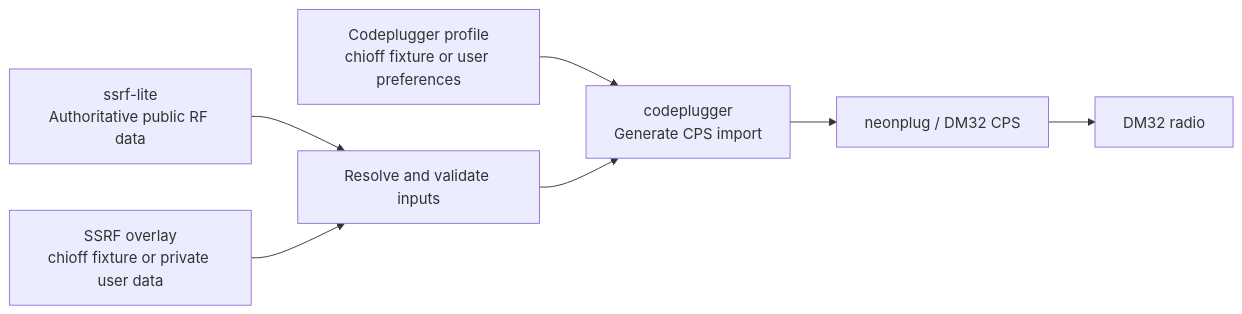
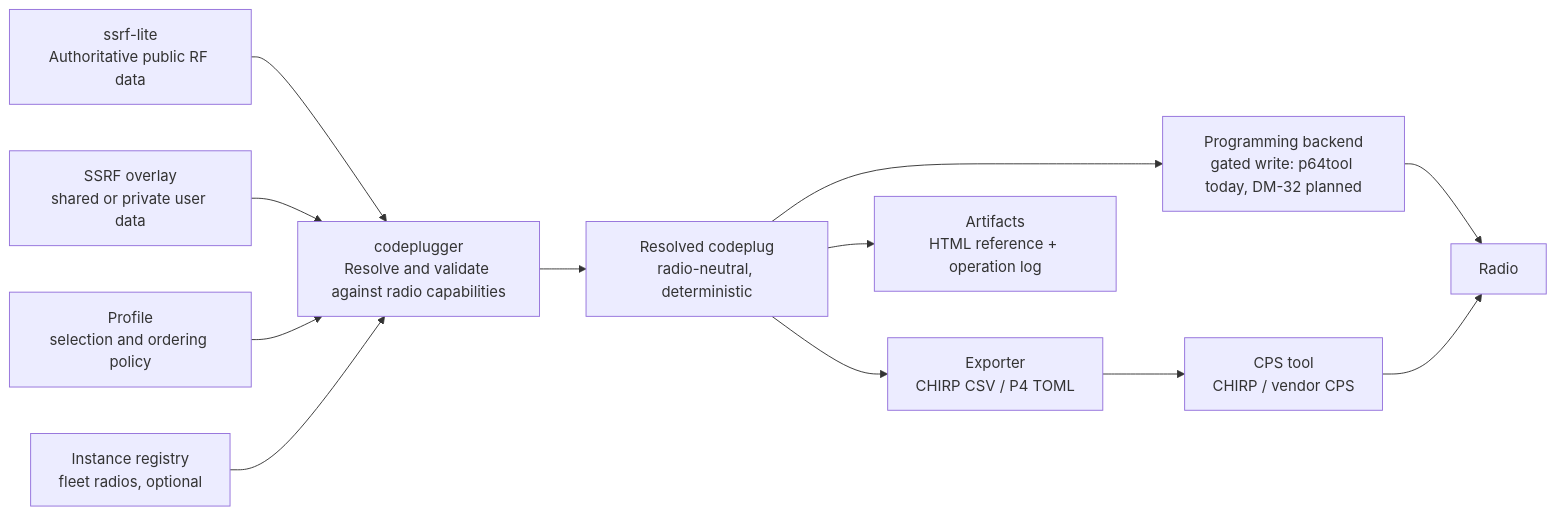
One commit to Chicago-Offline/codeplugger changed the diagram in docs/workflow.mmd. Above: the diagram before and after it, drawn with Mermaid. The commit also changed 2 other files, not shown here.

```diff
--- a/docs/workflow.mmd
+++ b/docs/workflow.mmd
@@ -1,15 +1,21 @@
 flowchart LR
     public["ssrf-lite<br/>Authoritative public RF data"]
-    private["SSRF overlay<br/>chioff fixture or private user data"]
-    profiles["Codeplugger profile<br/>chioff fixture or user preferences"]
-    merge["Resolve and validate inputs"]
-    codeplugger["codeplugger<br/>Generate CPS import"]
-    cps["neonplug / DM32 CPS"]
-    radio["DM32 radio"]
+    private["SSRF overlay<br/>shared or private user data"]
+    profile["Profile<br/>selection and ordering policy"]
+    registry["Instance registry<br/>fleet radios, optional"]
+    resolve["codeplugger<br/>Resolve and validate against radio capabilities"]
+    resolved["Resolved codeplug<br/>radio-neutral, deterministic"]
+    backend["Programming backend<br/>gated write: p64tool today, DM-32 planned"]
+    exporter["Exporter<br/>CHIRP CSV / P4 TOML"]
+    cps["CPS tool<br/>CHIRP / vendor CPS"]
+    artifacts["Artifacts<br/>HTML reference + operation log"]
+    radio["Radio"]
 
-    public --> merge
-    private --> merge
-    profiles --> codeplugger
-    merge --> codeplugger
-    codeplugger --> cps
-    cps --> radio
+    public --> resolve
+    private --> resolve
+    profile --> resolve
+    registry --> resolve
+    resolve --> resolved
+    resolved --> backend --> radio
+    resolved --> exporter --> cps --> radio
+    resolved --> artifacts
```
